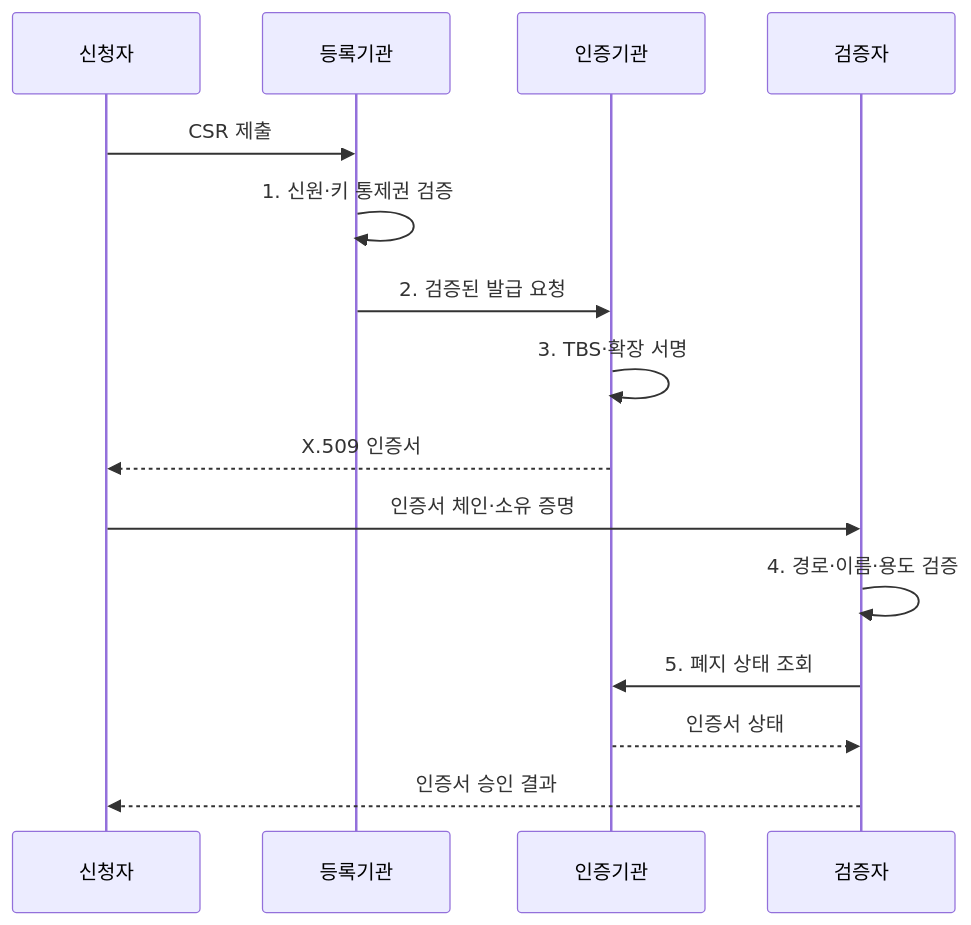
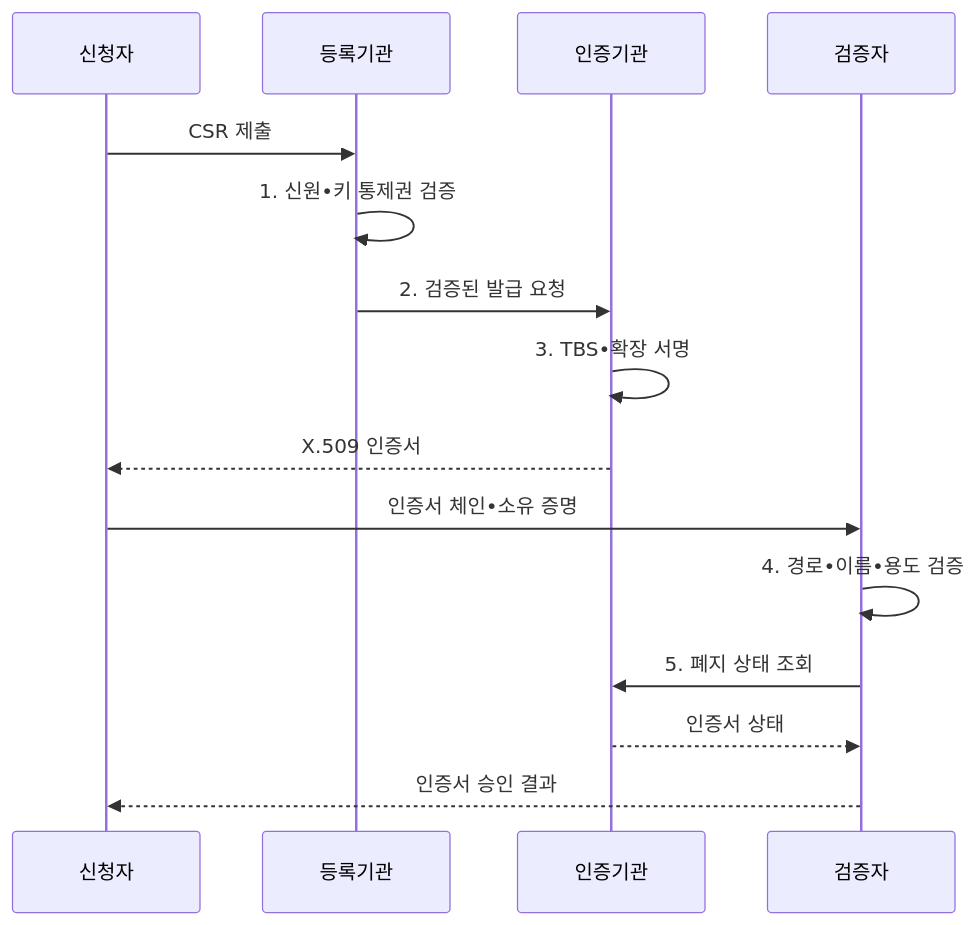
One commit to agnusdei1207/knowledge-base changed the second of 2 diagrams in src/content/docs/notes/05-security/008_x509_certificate.md. Above: the diagram before and after it, drawn with Mermaid. The commit also changed other lines of this file and 953 other files, not shown here.

````diff
--- a/src/content/docs/notes/05-security/008_x509_certificate.md
+++ b/src/content/docs/notes/05-security/008_x509_certificate.md
@@ -103,17 +103,17 @@
 ```mermaid
 sequenceDiagram
     participant S as 신청자
     participant A as 등록기관
     participant C as 인증기관
     participant V as 검증자
     S->>A: CSR 제출
-    A->>A: 1. 신원·키 통제권 검증
+    A->>A: 1. 신원•키 통제권 검증
     A->>C: 2. 검증된 발급 요청
-    C->>C: 3. TBS·확장 서명
+    C->>C: 3. TBS•확장 서명
     C-->>S: X.509 인증서
-    S->>V: 인증서 체인·소유 증명
-    V->>V: 4. 경로·이름·용도 검증
+    S->>V: 인증서 체인•소유 증명
+    V->>V: 4. 경로•이름•용도 검증
     V->>C: 5. 폐지 상태 조회
     C-->>V: 인증서 상태
     V-->>S: 인증서 승인 결과
 ```
````
